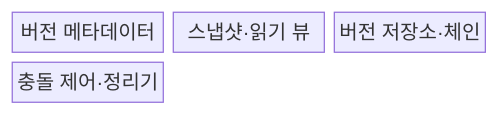
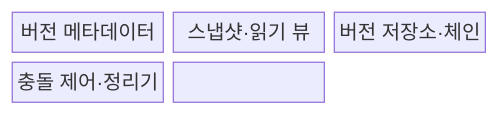
Before and after one commit to agnusdei1207/knowledge-base: the first of 2 diagrams in src/content/docs/notes/03-software/087_mvcc.md, drawn with Mermaid. The commit also changed other lines of this file and 20 other files, not shown here.

````diff
--- a/src/content/docs/notes/03-software/087_mvcc.md
+++ b/src/content/docs/notes/03-software/087_mvcc.md
@@ -55,8 +60,9 @@
 ```mermaid
-block-beta
+block
   columns 3
   M["버전 메타데이터"]
   S["스냅샷·읽기 뷰"]
   V["버전 저장소·체인"]
   C["충돌 제어·정리기"]
+  S --> M --> V --> C
 ```
````
